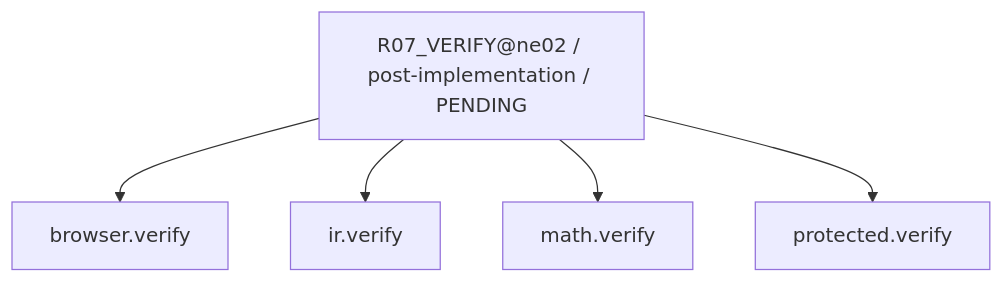
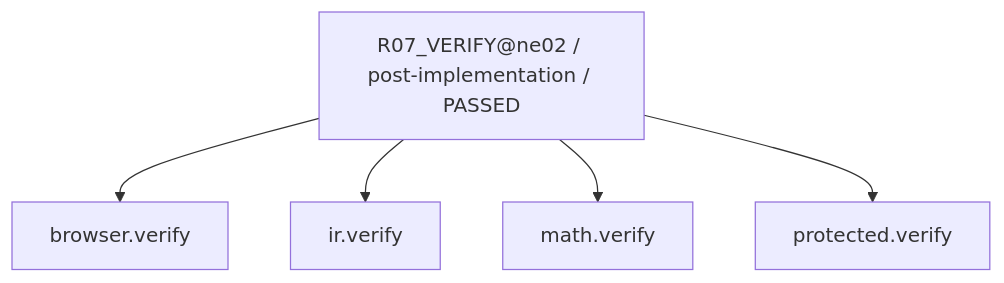
The ninth of 45 diagrams in work/items/W-MATH-036-ne02-n11-n12-guided-design/generated/CAPABILITY_FIRE_DIAGRAM.md (rrikunagasige-dot/kyotsu-step-web), drawn with Mermaid before and after one commit. The commit also changed other lines of this file and 75 other files, not shown here.

````diff
--- a/work/items/W-MATH-036-ne02-n11-n12-guided-design/generated/CAPABILITY_FIRE_DIAGRAM.md
+++ b/work/items/W-MATH-036-ne02-n11-n12-guided-design/generated/CAPABILITY_FIRE_DIAGRAM.md
@@ -141,12 +141,12 @@
 ```mermaid
 flowchart TD
-  N0["R07_VERIFY@ne02 / post-implementation / PENDING"]
+  N0["R07_VERIFY@ne02 / post-implementation / PASSED"]
   N1["math.verify"]
   N2["ir.verify"]
   N3["browser.verify"]
   N4["protected.verify"]
   N0 --> N3
   N0 --> N2
   N0 --> N1
   N0 --> N4
 ```
````
